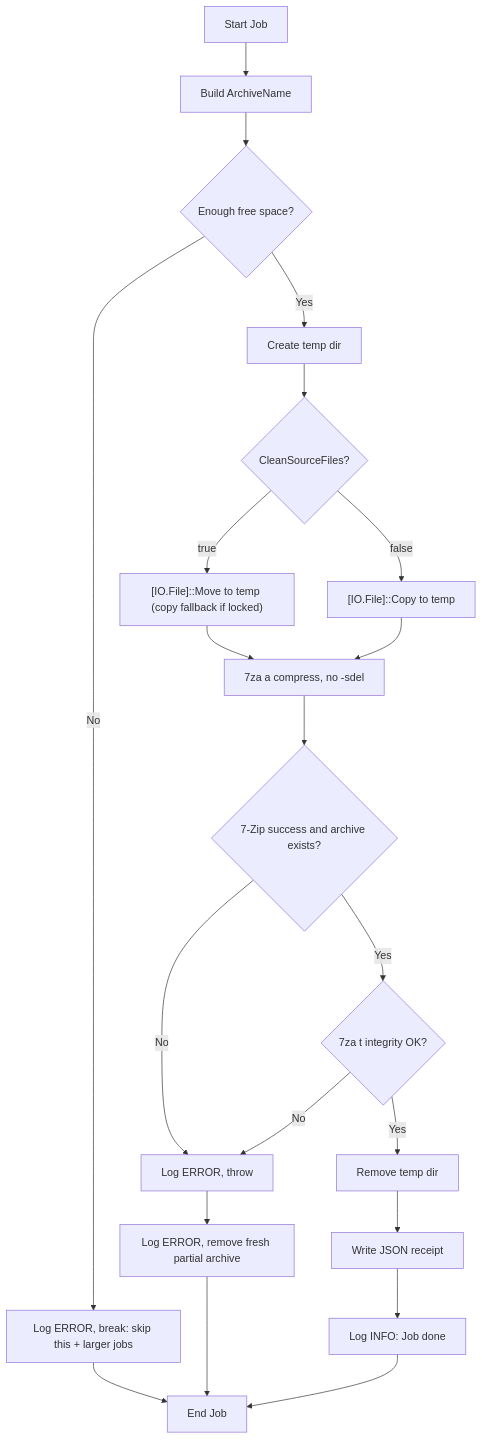
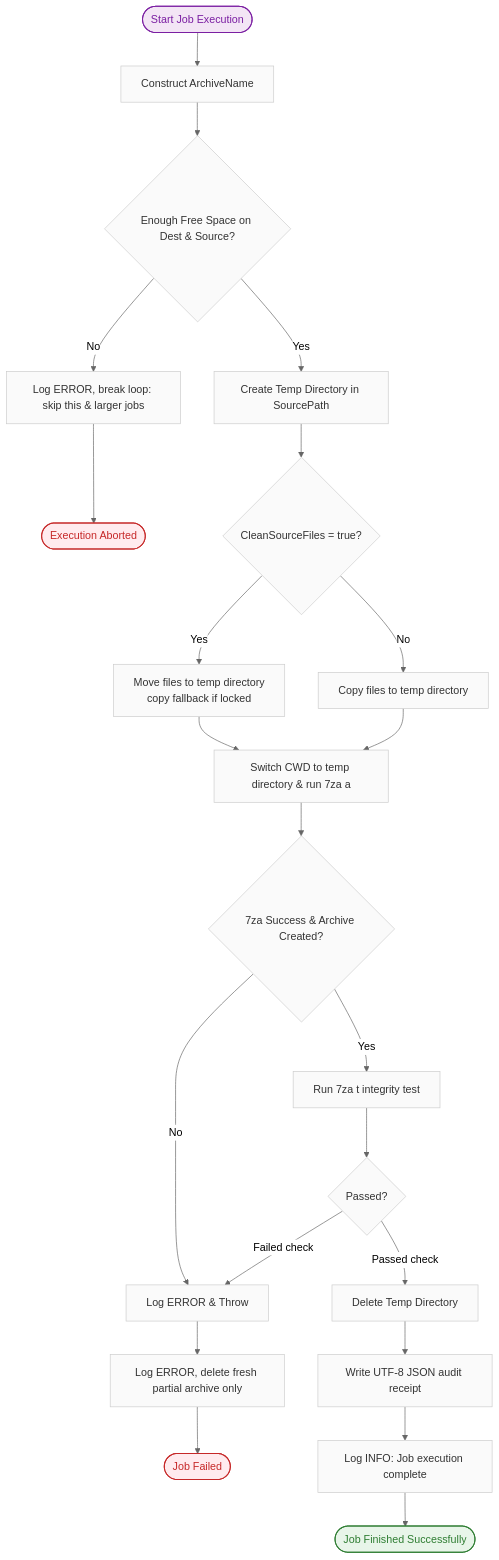
Before and after one commit to epuckop/shiny-pancake: the sixth of 14 diagrams in docs/design/FLOWCHARTS.md, drawn with Mermaid. The commit also changed other lines of this file and 11 other files, not shown here.

First line of the commit message:
Finalize docs, add JSON schema, rename entry script to main.ps1

````diff
--- a/docs/design/FLOWCHARTS.md
+++ b/docs/design/FLOWCHARTS.md
@@ -154,23 +224,38 @@
 ```mermaid
+%%{init: {'theme': 'neutral', 'themeVariables': { 'fontFamily': 'Segoe UI, system-ui, -apple-system, sans-serif' }}}%%
 flowchart TD
-    A[Start Job] --> B[Build ArchiveName]
-    B --> SP{Enough free space?}
-    SP -->|No| SX[Log ERROR, break: skip this + larger jobs]
-    SP -->|Yes| C[Create temp dir]
-    C --> D{CleanSourceFiles?}
-    D -->|true| E["[IO.File]::Move to temp (copy fallback if locked)"]
-    D -->|false| F["[IO.File]::Copy to temp"]
-    E --> G[7za a compress, no -sdel]
+    classDef default fill:#fafafa,stroke:#ccc,stroke-width:1px,color:#333;
+    classDef success fill:#e8f5e9,stroke:#2e7d32,stroke-width:1.5px,color:#2e7d32;
+    classDef errNode fill:#ffebee,stroke:#c62828,stroke-width:1.5px,color:#c62828;
+    classDef startNode fill:#f3e5f5,stroke:#7b1fa2,stroke-width:1.5px,color:#7b1fa2;
+
+    A([Start Job Execution]) --> B[Construct ArchiveName]
+    B --> SP{Enough Free Space on Dest & Source?}
+    
+    SP -->|No| SX[Log ERROR, break loop: skip this & larger jobs] --> LoopBreak([Execution Aborted])
+    SP -->|Yes| C[Create Temp Directory in SourcePath]
+    
+    C --> D{CleanSourceFiles = true?}
+    D -->|Yes| E[Move files to temp directory<br/>copy fallback if locked]
+    D -->|No| F[Copy files to temp directory]
+    
+    E --> G[Switch CWD to temp directory & run 7za a]
     F --> G
-    G --> H{7-Zip success and archive exists?}
-    H -->|No| I[Log ERROR, throw]
-    H -->|Yes| T{7za t integrity OK?}
-    T -->|No| I
-    T -->|Yes| L[Remove temp dir]
-    L --> M[Write JSON receipt]
-    M --> N[Log INFO: Job done]
-    I --> O[Log ERROR, remove fresh partial archive]
-    N --> P[End Job]
-    O --> P
-    SX --> P
+    
+    G --> H{7za Success & Archive Created?}
+    H -->|No| I[Log ERROR & Throw]
+    
+    H -->|Yes| T[Run 7za t integrity test]
+    T --> T_Decision{Passed?}
+    T_Decision -->|Failed check| I
+    T_Decision -->|Passed check| L[Delete Temp Directory]
+    
+    L --> M[Write UTF-8 JSON audit receipt]
+    M --> N[Log INFO: Job execution complete] --> JobSuccess([Job Finished Successfully])
+    
+    I --> O[Log ERROR, delete fresh partial archive only] --> JobErr([Job Failed])
+
+    class A startNode;
+    class JobSuccess success;
+    class JobErr,LoopBreak errNode;
 ```
````
